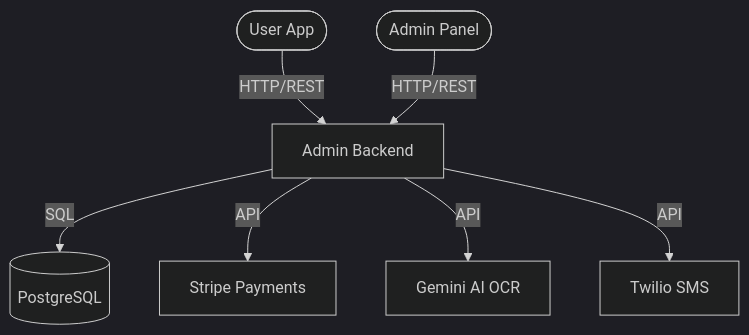
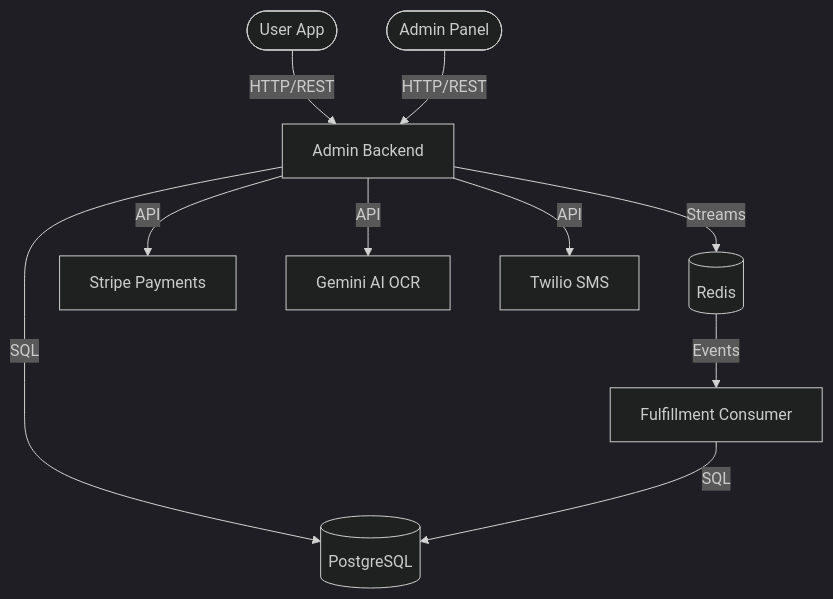
Before and after one commit to ArtemVashchuk/fuel-voucher-platform: the diagram in ABOUT_SOLUTION.md, drawn with Mermaid (dark theme). The commit also changed other lines of this file and 12 other files, not shown here.

First line of the commit message:
feat: implement order-based async fulfillment with Redis Streams

````diff
--- a/ABOUT_SOLUTION.md
+++ b/ABOUT_SOLUTION.md
@@ -9,9 +9,12 @@
 ```mermaid
 graph TD
     User([User App]) -- HTTP/REST --> API[Admin Backend]
     Admin([Admin Panel]) -- HTTP/REST --> API
     API -- SQL --> DB[(PostgreSQL)]
+    API -- Streams --> Redis[(Redis)]
+    Redis -- Events --> Consumer[Fulfillment Consumer]
+    Consumer -- SQL --> DB
     API -- API --> Stripe[Stripe Payments]
     API -- API --> Gemini[Gemini AI OCR]
     API -- API --> Twilio[Twilio SMS]
 ```
````
